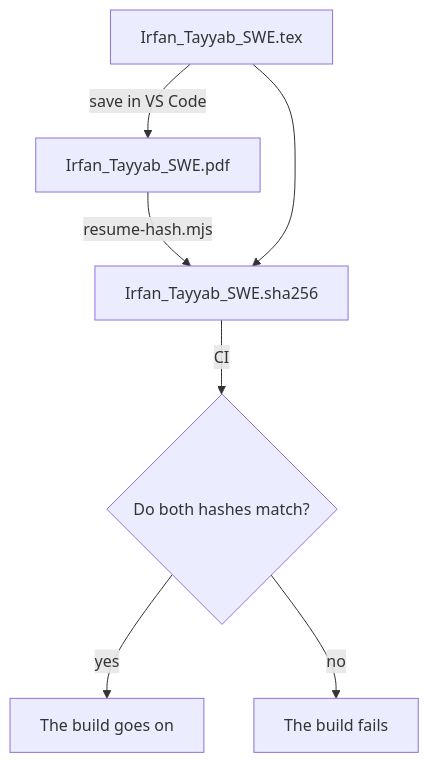
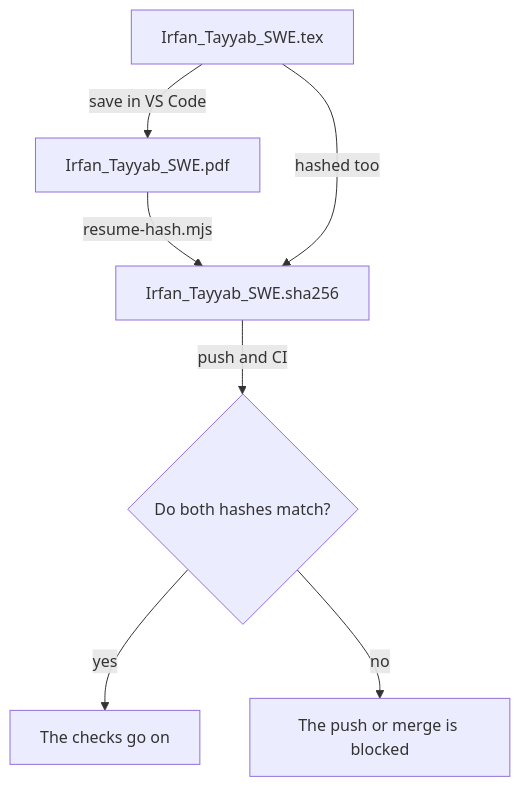
One commit to irfantayyab/irfantayyab changed the diagram in content/writing/holding-a-portfolio-to-its-resume/index.md. Above: the diagram before and after it, drawn with Mermaid. The commit also changed other lines of this file and 1 other file, not shown here.

````diff
--- a/content/writing/holding-a-portfolio-to-its-resume/index.md
+++ b/content/writing/holding-a-portfolio-to-its-resume/index.md
@@ -36,11 +40,11 @@
 ```mermaid
 flowchart TD
   accTitle: From a saved resume to a checked one
-  accDescr: Saving the LaTeX source builds the PDF, then a script hashes both into a file committed with them. In CI, the test recomputes both hashes and compares them with that file, failing if either changed.
+  accDescr: Saving the source builds the PDF, and a script saves the hashes of both in Irfan_Tayyab_SWE.sha256. Before every push and in CI, a test hashes the source and the PDF again and compares them with that file, failing if either changed.
   tex[Irfan_Tayyab_SWE.tex] -->|save in VS Code| pdf[Irfan_Tayyab_SWE.pdf]
   pdf -->|resume-hash.mjs| hash[Irfan_Tayyab_SWE.sha256]
-  tex --> hash
-  hash -->|CI| test{Do both hashes match?}
-  test -->|yes| pass[The build goes on]
-  test -->|no| fail[The build fails]
+  tex -->|hashed too| hash
+  hash -->|push and CI| test{Do both hashes match?}
+  test -->|yes| pass[The checks go on]
+  test -->|no| fail[The push or merge is blocked]
 ```
````
